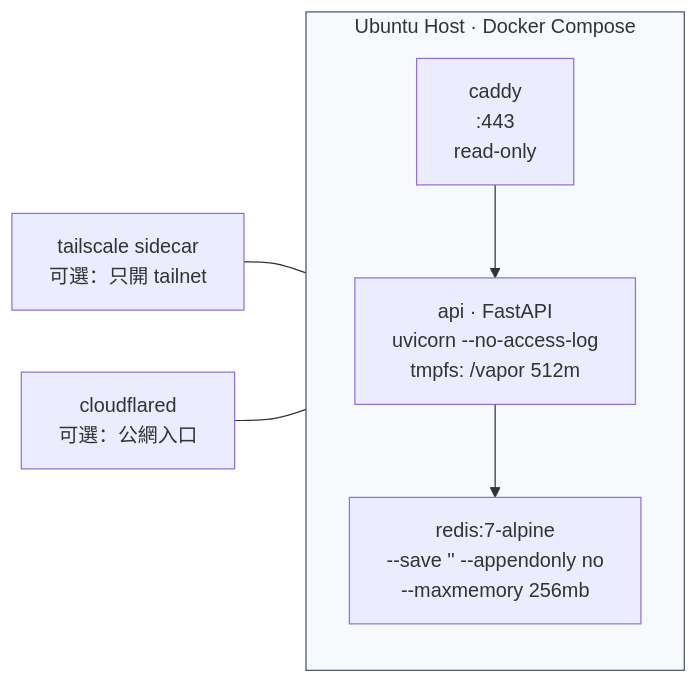
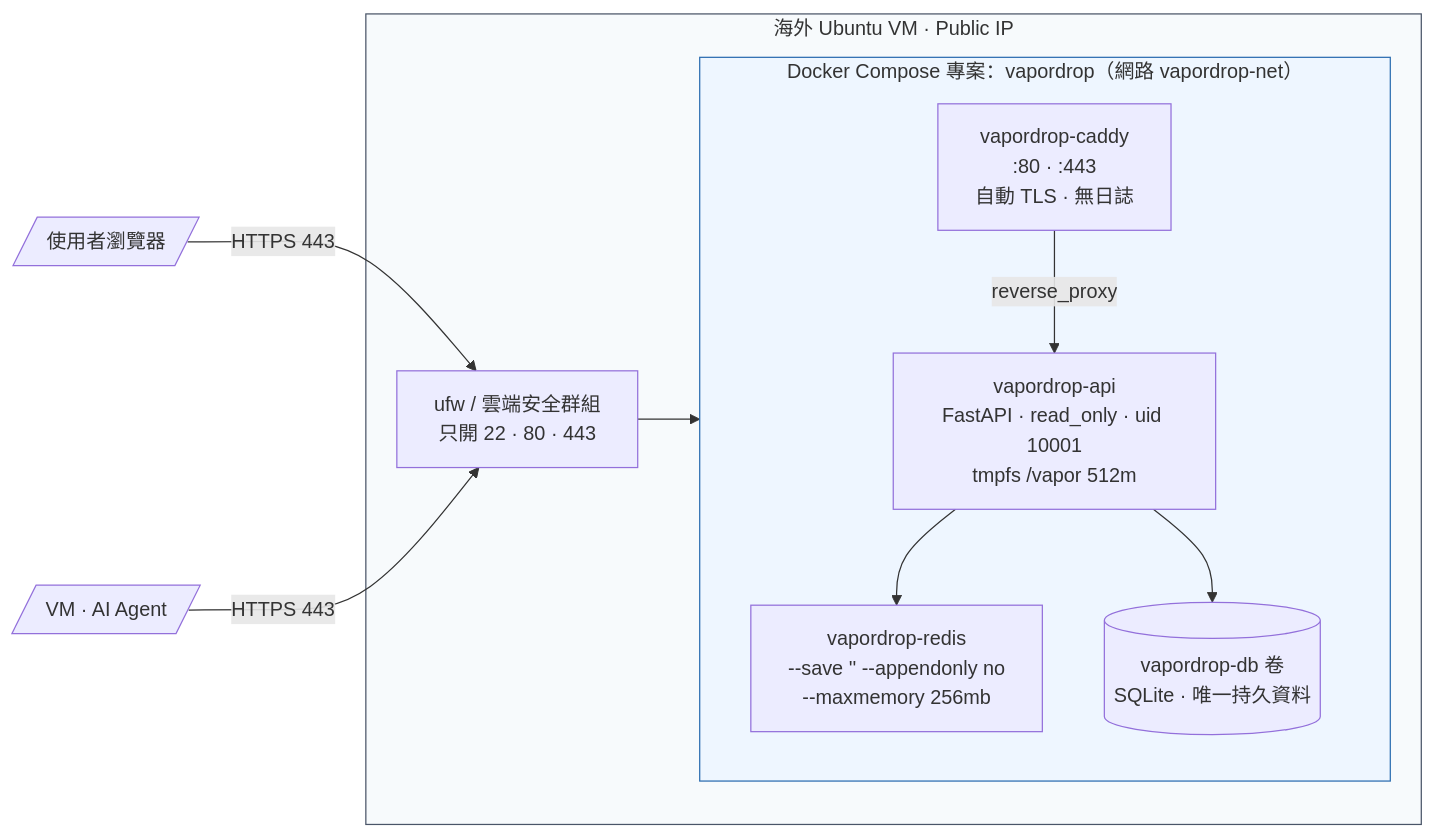
Before and after one commit to tonylnng/VaporDrop: diagram 11 of 11 in README.md, drawn with Mermaid. The commit also changed other lines of this file and 5 other files, not shown here.

First line of the commit message:
refactor: 所有 Docker 物件統一 vapordrop 前綴；架構圖改為海外 Ubuntu VM（Public IP）

````diff
--- a/README.md
+++ b/README.md
@@ -414,15 +421,23 @@
 ```mermaid
 graph LR
-    subgraph Host["Ubuntu Host · Docker Compose"]
-        direction TB
-        C["caddy<br/>:443<br/>read-only"]
-        A["api · FastAPI<br/>uvicorn --no-access-log<br/>tmpfs: /vapor 512m"]
-        R["redis:7-alpine<br/>--save '' --appendonly no<br/>--maxmemory 256mb"]
-        C --> A
-        A --> R
+    U[/使用者瀏覽器/] -->|HTTPS 443| FW
+    G[/VM · AI Agent/] -->|HTTPS 443| FW
+
+    subgraph VM["海外 Ubuntu VM · Public IP"]
+        FW["ufw / 雲端安全群組<br/>只開 22 · 80 · 443"]
+        subgraph P["Docker Compose 專案：vapordrop（網路 vapordrop-net）"]
+            direction TB
+            C["vapordrop-caddy<br/>:80 · :443<br/>自動 TLS · 無日誌"]
+            A["vapordrop-api<br/>FastAPI · read_only · uid 10001<br/>tmpfs /vapor 512m"]
+            R["vapordrop-redis<br/>--save '' --appendonly no<br/>--maxmemory 256mb"]
+            D[("vapordrop-db 卷<br/>SQLite · 唯一持久資料")]
+            C -->|reverse_proxy| A
+            A --> R
+            A --> D
+        end
+        FW --> C
     end
-    TS["tailscale sidecar<br/>可選：只開 tailnet"] --- C
-    CF["cloudflared<br/>可選：公網入口"] --- C
 
-    style Host fill:#f7fafc,stroke:#4a5568
+    style VM fill:#f7fafc,stroke:#4a5568
+    style P fill:#eef6ff,stroke:#2b6cb0
 ```
````
